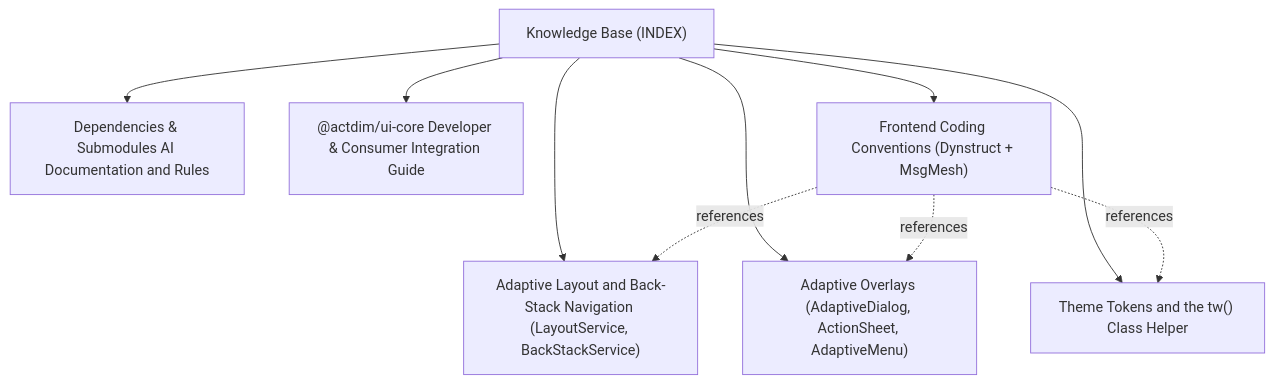
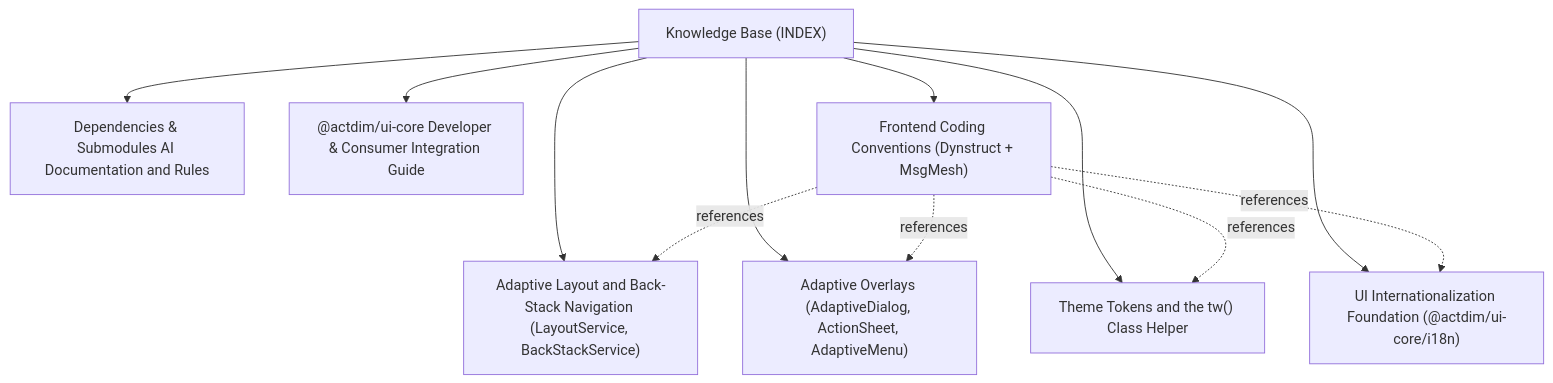
Before and after one commit to actdim/ui-core: the diagram in docs/INDEX.md, drawn with Mermaid. The commit also changed other lines of this file and 6 other files, not shown here.

````diff
--- a/docs/INDEX.md
+++ b/docs/INDEX.md
@@ -17,19 +17,22 @@
 ```mermaid
 flowchart TD
     INDEX["Knowledge Base (INDEX)"]
     T_ADAPTIVE_LAYOUT["Adaptive Layout and Back-Stack Navigation (LayoutService, BackStackService)"]
     INDEX --> T_ADAPTIVE_LAYOUT
     T_ADAPTIVE_OVERLAYS["Adaptive Overlays (AdaptiveDialog, ActionSheet, AdaptiveMenu)"]
     INDEX --> T_ADAPTIVE_OVERLAYS
     T_DEPENDENCIES["Dependencies & Submodules AI Documentation and Rules"]
     INDEX --> T_DEPENDENCIES
     T_DEVELOPER_GUIDE["@actdim/ui-core Developer & Consumer Integration Guide"]
     INDEX --> T_DEVELOPER_GUIDE
     T_FRONTEND_CONVENTIONS["Frontend Coding Conventions (Dynstruct + MsgMesh)"]
     INDEX --> T_FRONTEND_CONVENTIONS
+    T_I18N["UI Internationalization Foundation (@actdim/ui-core/i18n)"]
+    INDEX --> T_I18N
     T_THEME_TOKENS["Theme Tokens and the tw() Class Helper"]
     INDEX --> T_THEME_TOKENS
     T_FRONTEND_CONVENTIONS -.->|references| T_THEME_TOKENS
     T_FRONTEND_CONVENTIONS -.->|references| T_ADAPTIVE_LAYOUT
+    T_FRONTEND_CONVENTIONS -.->|references| T_I18N
     T_FRONTEND_CONVENTIONS -.->|references| T_ADAPTIVE_OVERLAYS
 ```
````
